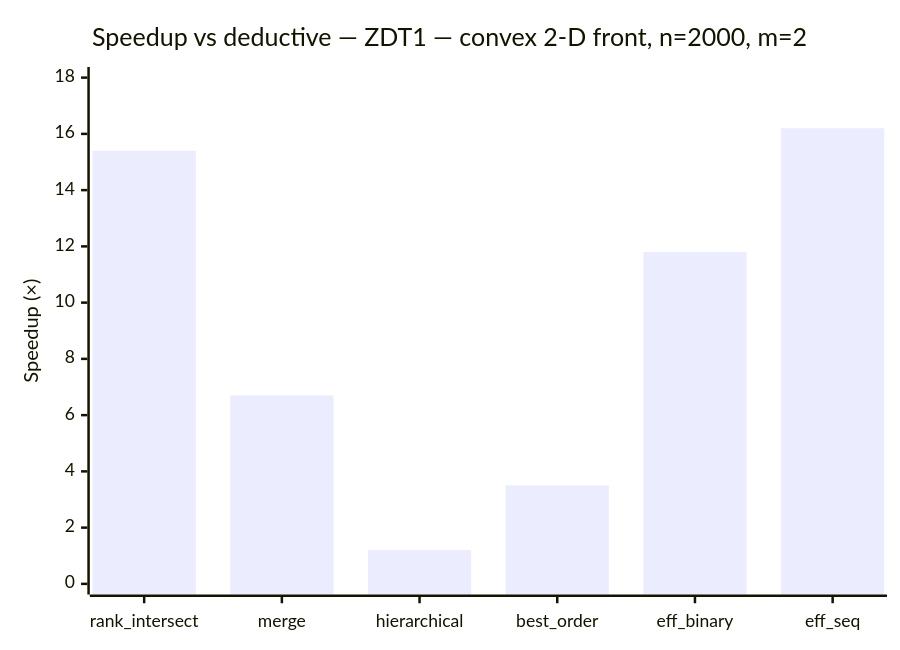
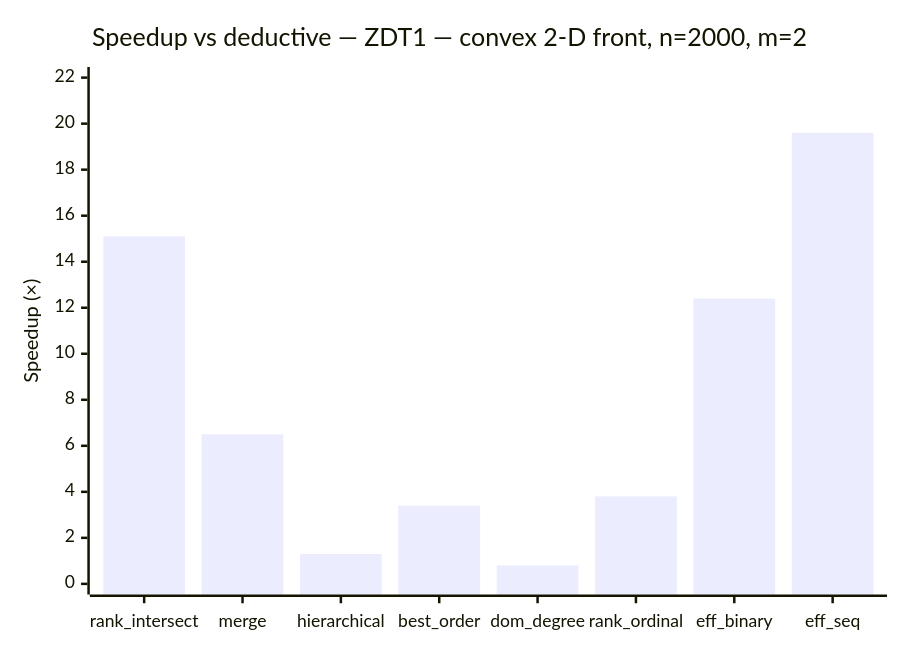
One commit to foolnotion/ndsort changed the seventh of 8 diagrams in BENCHMARKS.md. Above: the diagram before and after it, drawn with Mermaid. The commit also changed other lines of this file and 3 other files, not shown here.

First line of the commit message:
feat: add dominance_degree and rank_ordinal to benchmarks; update docs

````diff
--- a/BENCHMARKS.md
+++ b/BENCHMARKS.md
@@ -189,7 +191,7 @@
 ```mermaid
 xychart-beta
     title "Speedup vs deductive — ZDT1 — convex 2-D front, n=2000, m=2"
-    x-axis ["rank_intersect", "merge", "hierarchical", "best_order", "eff_binary", "eff_seq"]
-    y-axis "Speedup (×)" 0 --> 18
-    bar [15.4, 6.7, 1.2, 3.5, 11.8, 16.2]
+    x-axis ["rank_intersect", "merge", "hierarchical", "best_order", "dom_degree", "rank_ordinal", "eff_binary", "eff_seq"]
+    y-axis "Speedup (×)" 0 --> 22
+    bar [15.1, 6.5, 1.3, 3.4, 0.8, 3.8, 12.4, 19.6]
 ```
````
